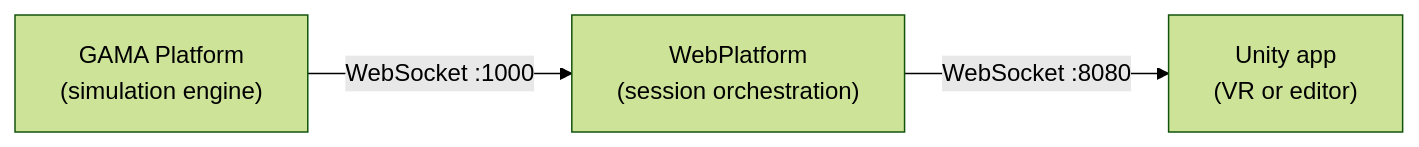
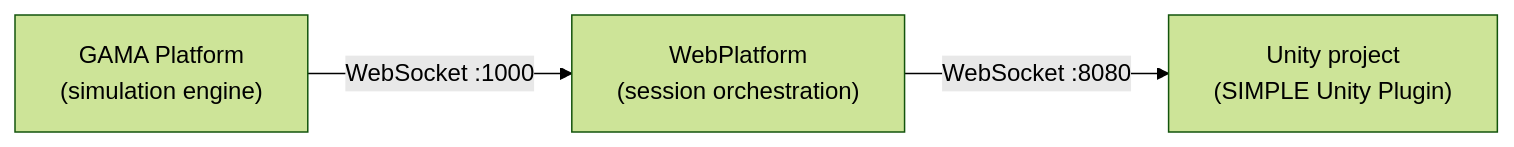
One commit to project-SIMPLE/simple.toolchain.documentation changed the diagram in docs/02-overview/01-quick-start.md. Above: the diagram before and after it, drawn with Mermaid (forest theme). The commit also changed other lines of this file and 28 other files, not shown here.

Commit message:
docs: update Unity documentation for SIMPLE Unity Plugin

````diff
--- a/docs/02-overview/01-quick-start.md
+++ b/docs/02-overview/01-quick-start.md
@@ -15,9 +17,9 @@
 ```mermaid
 graph LR
     GAMA["GAMA Platform\n(simulation engine)"]
     WP["WebPlatform\n(session orchestration)"]
-    UNITY["Unity app\n(VR or editor)"]
+    UNITY["Unity project\n(SIMPLE Unity Plugin)"]
 
     GAMA -- "WebSocket :1000" --> WP
     WP -- "WebSocket :8080" --> UNITY
 ```
````
